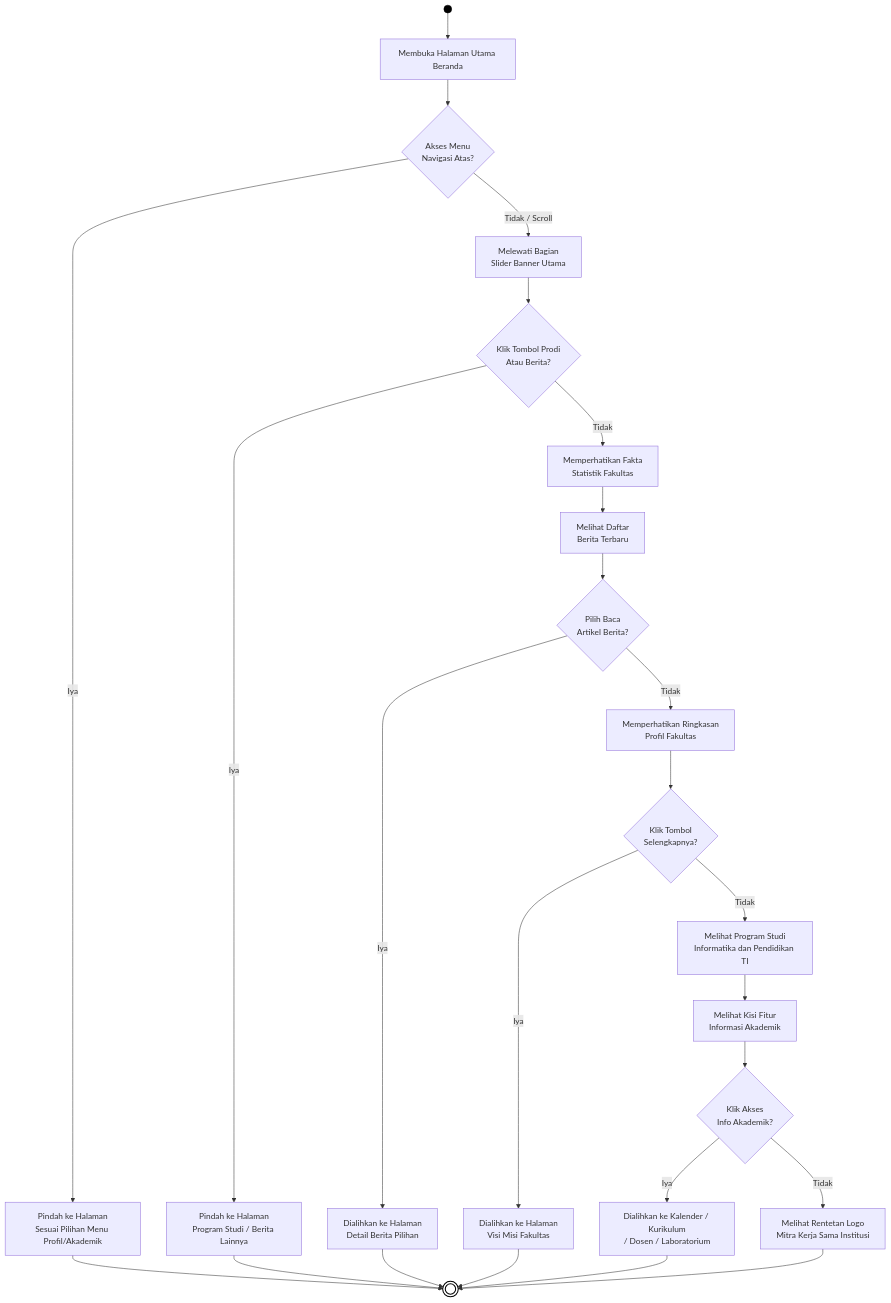
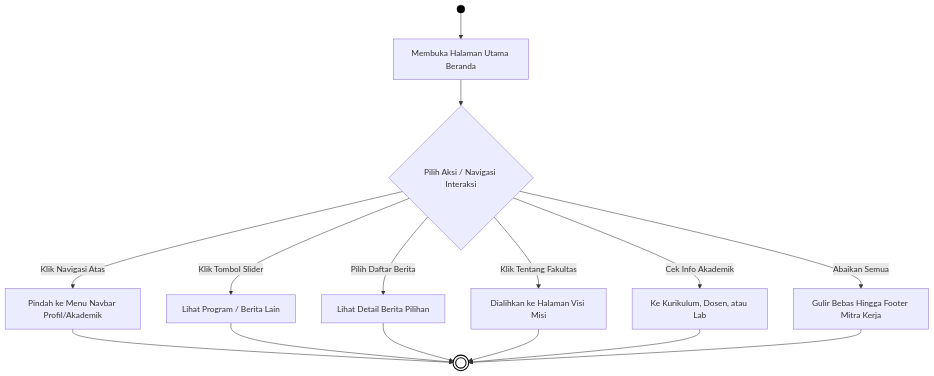
Before and after one commit to arbain-dev/Web_fikom: the first of 12 diagrams in docs/01B_DIAGRAM_AKTIVITAS_PUBLIK.md, drawn with Mermaid. The commit also changed other lines of this file, not shown here.

Commit message:
docs: merombak seluruh orientasi diagram aktivitas menjadi horizontal (LR) serta fan-out agar mengular ke samping alih-alih memanjang tajam ke bawah

````diff
--- a/docs/01B_DIAGRAM_AKTIVITAS_PUBLIK.md
+++ b/docs/01B_DIAGRAM_AKTIVITAS_PUBLIK.md
@@ -12,39 +12,22 @@
 ```mermaid
 flowchart TD
     Start(( )) --> A[Membuka Halaman Utama Beranda]
+    A --> B{Pilih Aksi / Navigasi Interaksi}
     
-    A --> B{Akses Menu\nNavigasi Atas?}
-    B -- Iya --> C[Pindah ke Halaman\nSesuai Pilihan Menu Profil/Akademik]
-    C --> End((( )))
+    B -- Klik Navigasi Atas --> C1[Pindah ke Menu Navbar Profil/Akademik]
+    B -- Klik Tombol Slider --> C2[Lihat Program / Berita Lain]
+    B -- Pilih Daftar Berita --> C3[Lihat Detail Berita Pilihan]
+    B -- Klik Tentang Fakultas --> C4[Dialihkan ke Halaman Visi Misi]
+    B -- Cek Info Akademik --> C5[Ke Kurikulum, Dosen, atau Lab]
+    B -- Abaikan Semua --> C6[Gulir Bebas Hingga Footer Mitra Kerja]
     
-    B -- Tidak / Scroll --> D[Melewati Bagian\nSlider Banner Utama]
-    
-    D --> E{Klik Tombol Prodi\nAtau Berita?}
-    E -- Iya --> F[Pindah ke Halaman\nProgram Studi / Berita Lainnya]
-    F --> End
-    
-    E -- Tidak --> G[Memperhatikan Fakta\nStatistik Fakultas]
-    G --> H[Melihat Daftar\nBerita Terbaru]
-    
-    H --> I{Pilih Baca\nArtikel Berita?}
-    I -- Iya --> J[Dialihkan ke Halaman\nDetail Berita Pilihan]
-    J --> End
-    
-    I -- Tidak --> K[Memperhatikan Ringkasan\nProfil Fakultas]
-    K --> L{Klik Tombol\nSelengkapnya?}
-    L -- Iya --> M[Dialihkan ke Halaman\nVisi Misi Fakultas]
-    M --> End
-    
-    L -- Tidak --> N[Melihat Program Studi\nInformatika dan Pendidikan TI]
-    N --> O[Melihat Kisi Fitur\nInformasi Akademik]
-    
-    O --> P{Klik Akses\nInfo Akademik?}
-    P -- Iya --> Q[Dialihkan ke Kalender / Kurikulum\n/ Dosen / Laboratorium]
-    Q --> End
-    
-    P -- Tidak --> R[Melihat Rentetan Logo\nMitra Kerja Sama Institusi]
-    R --> End
+    C1 --> End((( )))
+    C2 --> End
+    C3 --> End
+    C4 --> End
+    C5 --> End
+    C6 --> End
     
     style Start fill:#000,stroke:#000,color:#000
     style End fill:#fff,stroke:#000,stroke-width:2px
 ```
````
